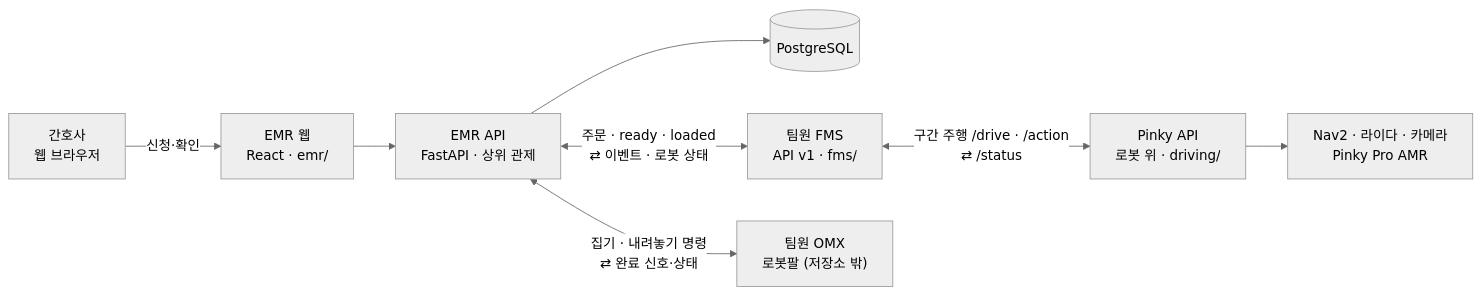
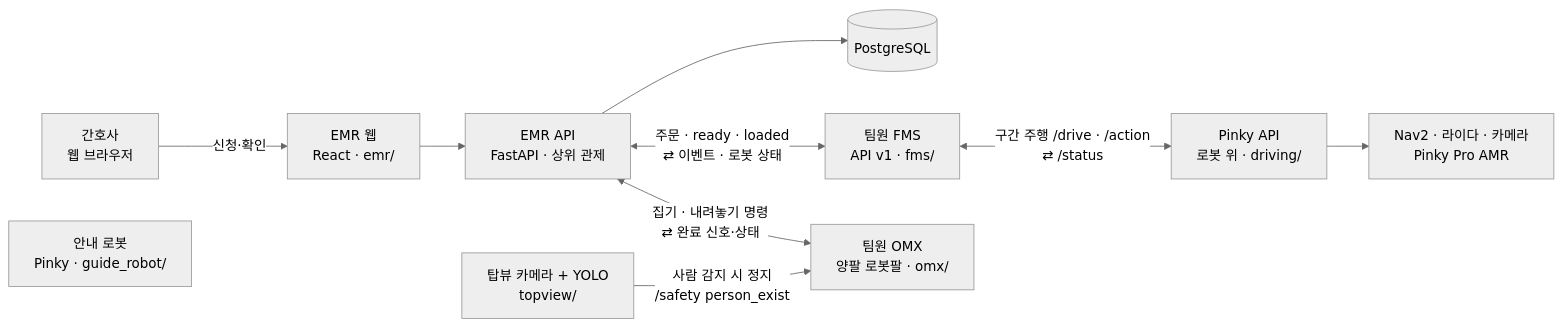
The diagram in README.md (kernel-robot-9th/kernel-robot-repo-2), drawn with Mermaid (neutral theme) before and after one commit. The commit also changed other lines of this file and 1 other file, not shown here.

````diff
--- a/README.md
+++ b/README.md
@@ -10,10 +21,12 @@
 ```mermaid
 flowchart LR
   N["간호사<br/>웹 브라우저"] -->|신청·확인| W["EMR 웹<br/>React · emr/"]
   W --> A["EMR API<br/>FastAPI · 상위 관제"]
   A --> D[("PostgreSQL")]
   A <-->|"주문 · ready · loaded<br/>⇄ 이벤트 · 로봇 상태"| X["팀원 FMS<br/>API v1 · fms/"]
   X <-->|"구간 주행 /drive · /action<br/>⇄ /status"| K["Pinky API<br/>로봇 위 · driving/"]
   K --> P["Nav2 · 라이다 · 카메라<br/>Pinky Pro AMR"]
-  A <-->|"집기 · 내려놓기 명령<br/>⇄ 완료 신호·상태"| O["팀원 OMX<br/>로봇팔 (저장소 밖)"]
+  A <-->|"집기 · 내려놓기 명령<br/>⇄ 완료 신호·상태"| O["팀원 OMX<br/>양팔 로봇팔 · omx/"]
+  T["탑뷰 카메라 + YOLO<br/>topview/"] -->|"사람 감지 시 정지<br/>/safety person_exist"| O
+  G["안내 로봇<br/>Pinky · guide_robot/"]
 ```
````
